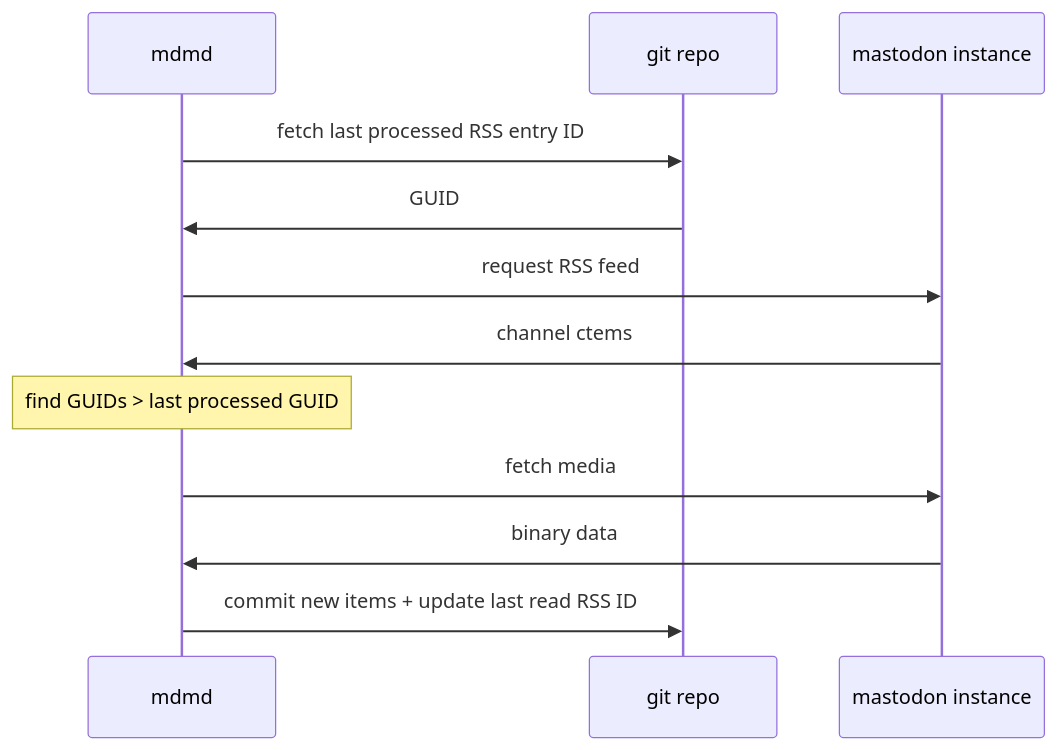
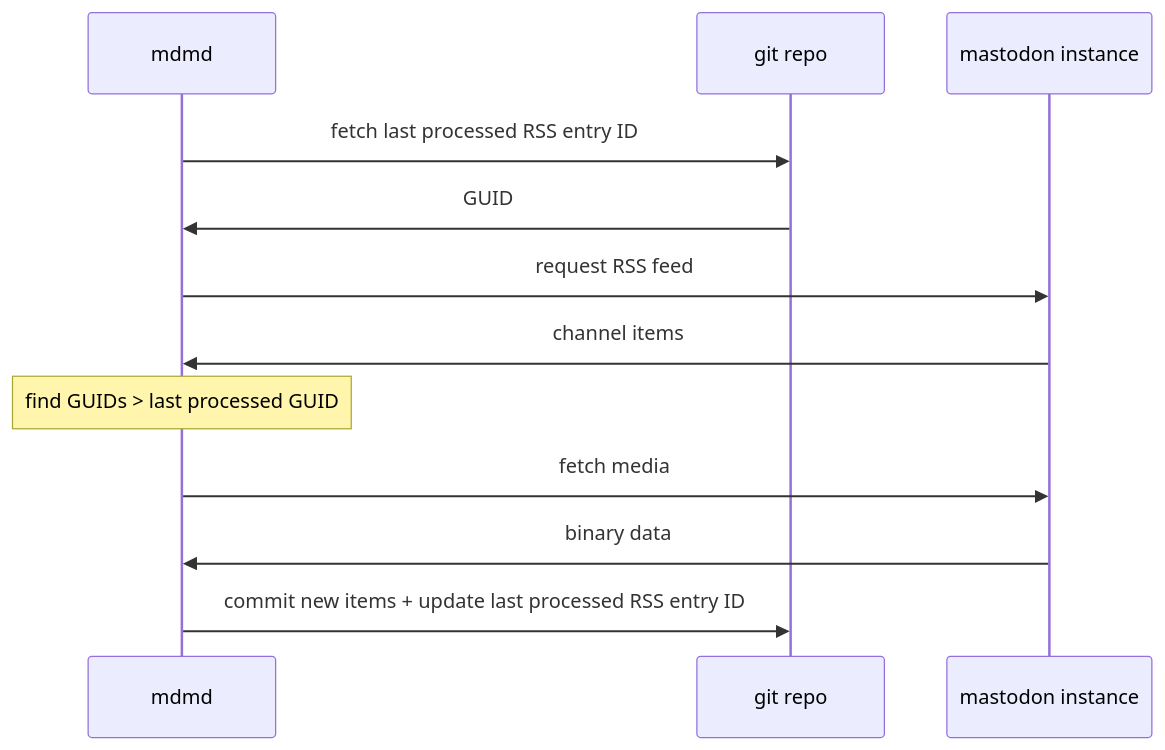
Before and after one commit to d6y/mdmd: the diagram in README.md, drawn with Mermaid. The commit also changed other lines of this file, not shown here.

````diff
--- a/README.md
+++ b/README.md
@@ -52,11 +65,11 @@
 ```mermaid
 sequenceDiagram
     mdmd->>git repo: fetch last processed RSS entry ID
     git repo->>mdmd: GUID
     mdmd->>mastodon instance: request RSS feed
-    mastodon instance->>mdmd: channel ctems
+    mastodon instance->>mdmd: channel items
     note over mdmd: find GUIDs > last processed GUID
     mdmd->>mastodon instance: fetch media
     mastodon instance->>mdmd: binary data
-    mdmd->>git repo: commit new items + update last read RSS ID
+    mdmd->>git repo: commit new items + update last processed RSS entry ID
 ```
````
